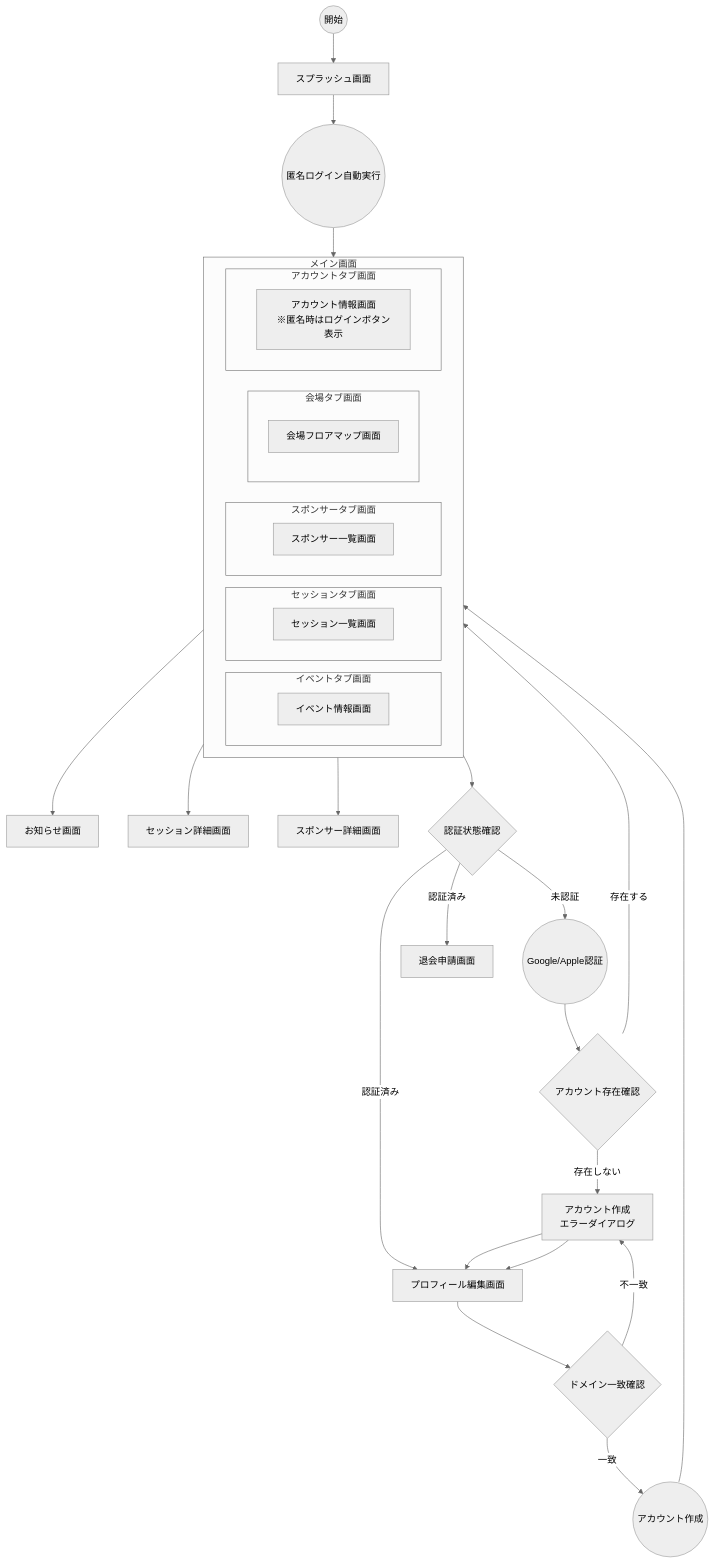
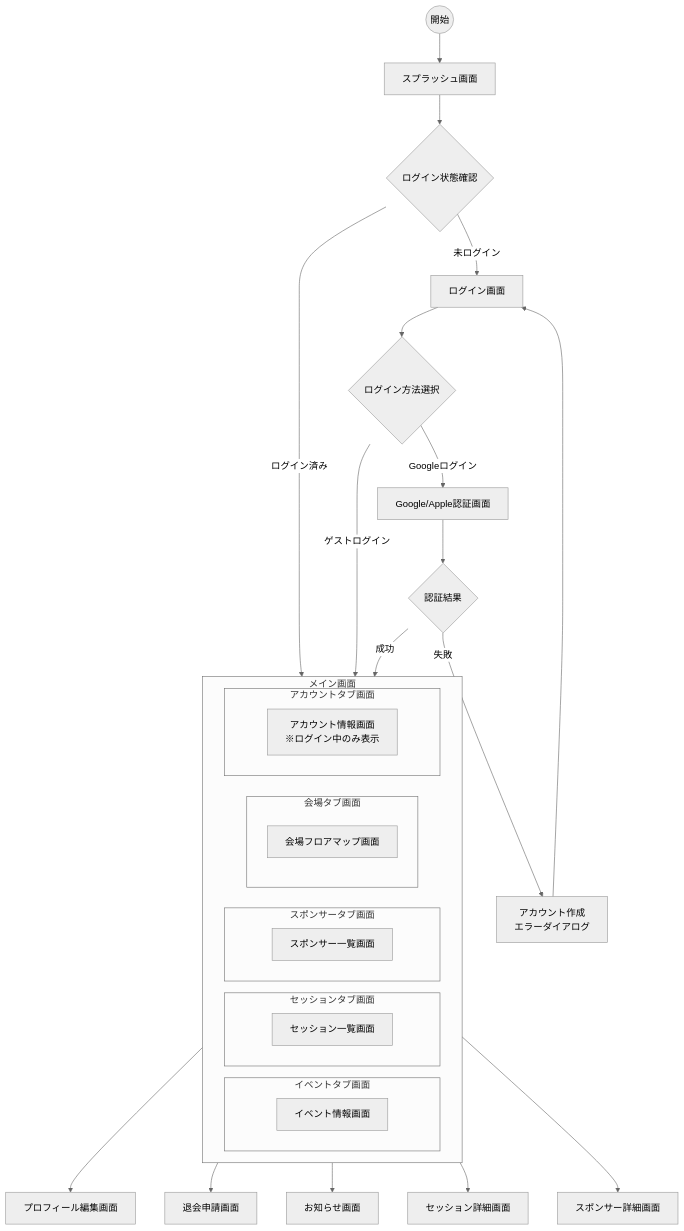
The diagram in docs/app/SCREENS.md (FlutterKaigi/2025), drawn with Mermaid (neutral theme) before and after one commit. The commit also changed other lines of this file, not shown here.

First line of the commit message:
docs: 画面遷移図を正しいフローに修正

````diff
--- a/docs/app/SCREENS.md
+++ b/docs/app/SCREENS.md
@@ -50,58 +50,56 @@
 ```mermaid
 flowchart TD
     %% 画面一覧
     SplashScreen[スプラッシュ画面]
+    LoginScreen[ログイン画面]
     SocialAuthBottomSheet[Google/Apple認証画面]
     AccountCreationErrorDialog[アカウント作成<br>エラーダイアログ]
     subgraph MainScreen[メイン画面]
       direction LR
       subgraph EventTabScreen[イベントタブ画面]
         EventInfoScreen[イベント情報画面]
       end
       subgraph SessionTabScreen[セッションタブ画面]
         SessionListScreen[セッション一覧画面]
       end
       subgraph VenueTabScreen[会場タブ画面]
         VenueFloorMapScreen[会場フロアマップ画面]
       end
       subgraph SponsorTabScreen[スポンサータブ画面]
         SponsorListScreen[スポンサー一覧画面]
       end
       subgraph AccountTabScreen[アカウントタブ画面]
-        AccountInfoScreen[アカウント情報画面<br>※匿名時はログインボタン表示]
+        AccountInfoScreen[アカウント情報画面<br>※ログイン中のみ表示]
       end
     end
     NewsScreen[お知らせ画面]
     SessionDetailScreen[セッション詳細画面]
     SponsorDetailScreen[スポンサー詳細画面]
     ProfileEditScreen[プロフィール編集画面]
     WithdrawalScreen[退会申請画面]
 
     Start((開始)) --> SplashScreen
-    SplashScreen --> AnonymousLogin((匿名ログイン自動実行))
-    AnonymousLogin --> EventInfoScreen
+    SplashScreen --> LoginCheck{ログイン状態確認}
+    LoginCheck --> |ログイン済み| EventInfoScreen
+    LoginCheck --> |未ログイン| LoginScreen
     
-    %% アカウント情報画面からの認証フロー
-    AccountInfoScreen --> AuthCheck{認証状態確認}
-    AuthCheck --> |未認証| SocialAuthBottomSheet((Google/Apple認証))
-    AuthCheck --> |認証済み| ProfileEditScreen
-    AuthCheck --> |認証済み| WithdrawalScreen
+    %% ログイン画面での選択
+    LoginScreen --> LoginChoice{ログイン方法選択}
+    LoginChoice --> |Googleログイン| SocialAuthBottomSheet
+    LoginChoice --> |ゲストログイン| EventInfoScreen
     
-    %% 認証フロー
-    SocialAuthBottomSheet --> AccountCheck{アカウント存在確認}
-    AccountCheck --> |存在する| AccountInfoScreen
-    AccountCheck --> |存在しない| AccountCreationErrorDialog
-    AccountCreationErrorDialog --> ProfileEditScreen
+    %% Google認証フロー
+    SocialAuthBottomSheet --> AuthResult{認証結果}
+    AuthResult --> |成功| EventInfoScreen
+    AuthResult --> |失敗| AccountCreationErrorDialog
+    AccountCreationErrorDialog --> LoginScreen
     
-    %% 新規登録フロー
-    ProfileEditScreen --> DomainCheck{ドメイン一致確認}
-    DomainCheck --> |一致| CreateAccount((アカウント作成))
-    DomainCheck --> |不一致| AccountCreationErrorDialog
-    AccountCreationErrorDialog --> ProfileEditScreen
-    CreateAccount --> AccountInfoScreen
+    %% アカウント情報画面からの遷移（ログイン中のみ表示されるため認証状態確認不要）
+    AccountInfoScreen --> ProfileEditScreen
+    AccountInfoScreen --> WithdrawalScreen
     
     %% メイン画面以降のフロー（匿名でも利用可能）
     EventInfoScreen --> NewsScreen
     SessionListScreen --> SessionDetailScreen
     SponsorListScreen --> SponsorDetailScreen
 ```
````
